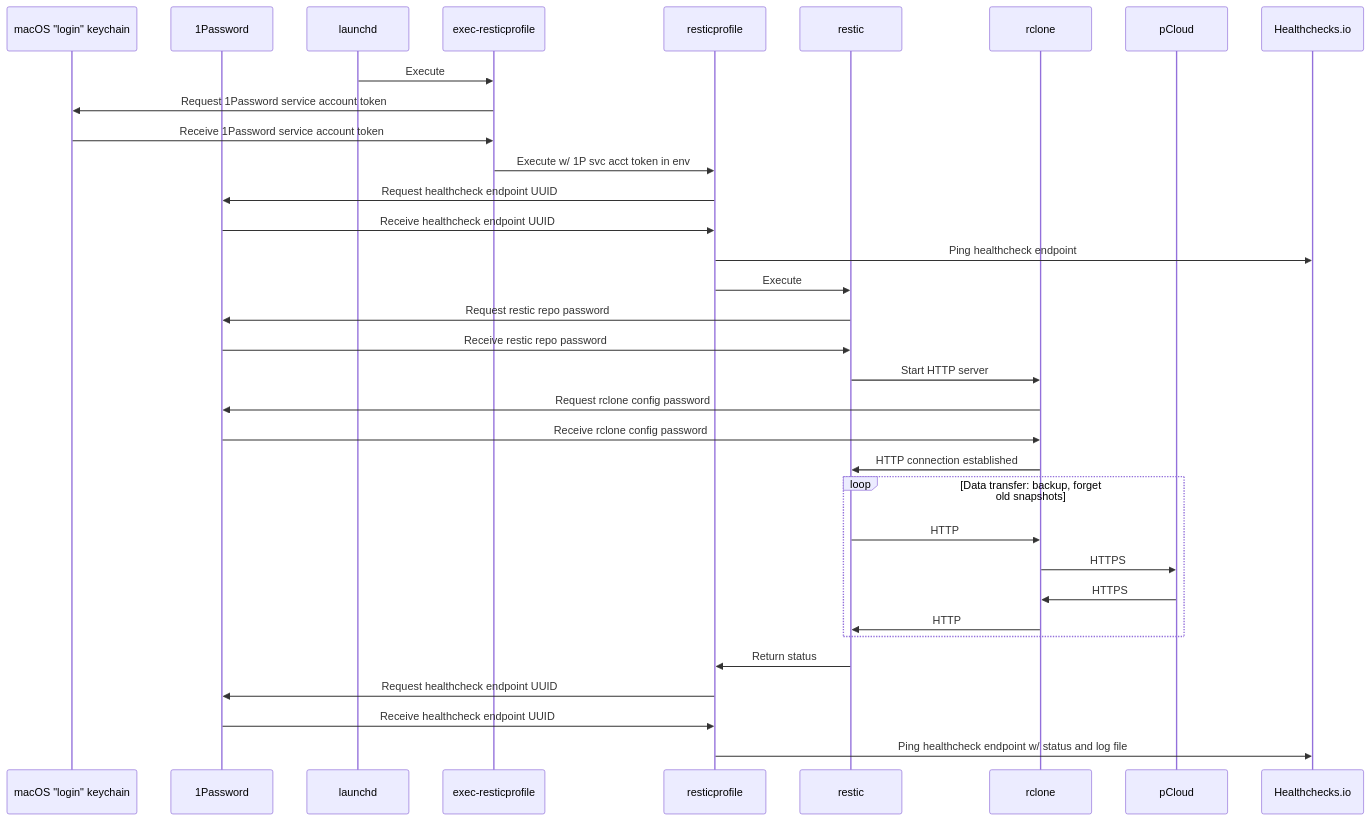
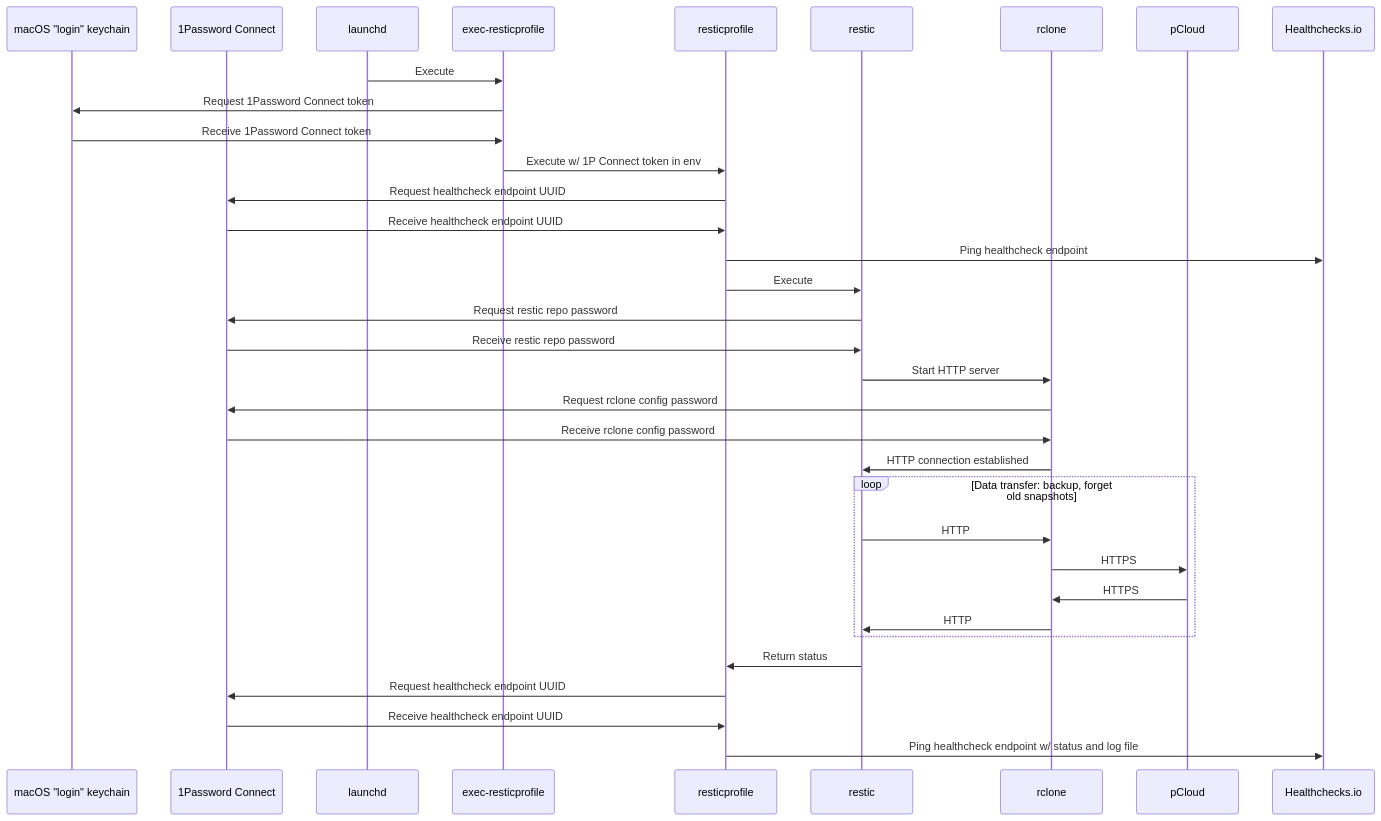
The diagram in docs/assets/backup/macos-sequence-diagram.mmd (manselmi/notes), drawn with Mermaid before and after one commit. The commit also changed 11 other files, not shown here.

Commit message:
backup: 1P service account → 1P Connect server

```diff
--- a/docs/assets/backup/macos-sequence-diagram.mmd
+++ b/docs/assets/backup/macos-sequence-diagram.mmd
@@ -1,40 +1,40 @@
 sequenceDiagram
 
   participant KC as macOS "login" keychain
-  participant 1P as 1Password
+  participant 1P as 1Password Connect
 
   participant LD as launchd
   participant ER as exec-resticprofile
   participant RP as resticprofile
   participant RE as restic
   participant RC as rclone
 
   participant PC as pCloud
   participant HC as Healthchecks.io
 
   LD ->> ER: Execute
-  ER ->> KC: Request 1Password service account token
-  KC ->> ER: Receive 1Password service account token
-  ER ->> RP: Execute w/ 1P svc acct token in env
+  ER ->> KC: Request 1Password Connect token
+  KC ->> ER: Receive 1Password Connect token
+  ER ->> RP: Execute w/ 1P Connect token in env
   RP ->> 1P: Request healthcheck endpoint UUID
   1P ->> RP: Receive healthcheck endpoint UUID
   RP ->> HC: Ping healthcheck endpoint
   RP ->> RE: Execute
   RE ->> 1P: Request restic repo password
   1P ->> RE: Receive restic repo password
   RE ->> RC: Start HTTP server
   RC ->> 1P: Request rclone config password
   1P ->> RC: Receive rclone config password
   RC ->> RE: HTTP connection established
 
   loop Data transfer: backup, forget old snapshots
     RE ->> RC: HTTP
     RC ->> PC: HTTPS
     PC ->> RC: HTTPS
     RC ->> RE: HTTP
   end
 
   RE ->> RP: Return status
   RP ->> 1P: Request healthcheck endpoint UUID
   1P ->> RP: Receive healthcheck endpoint UUID
   RP ->> HC: Ping healthcheck endpoint w/ status and log file
```
